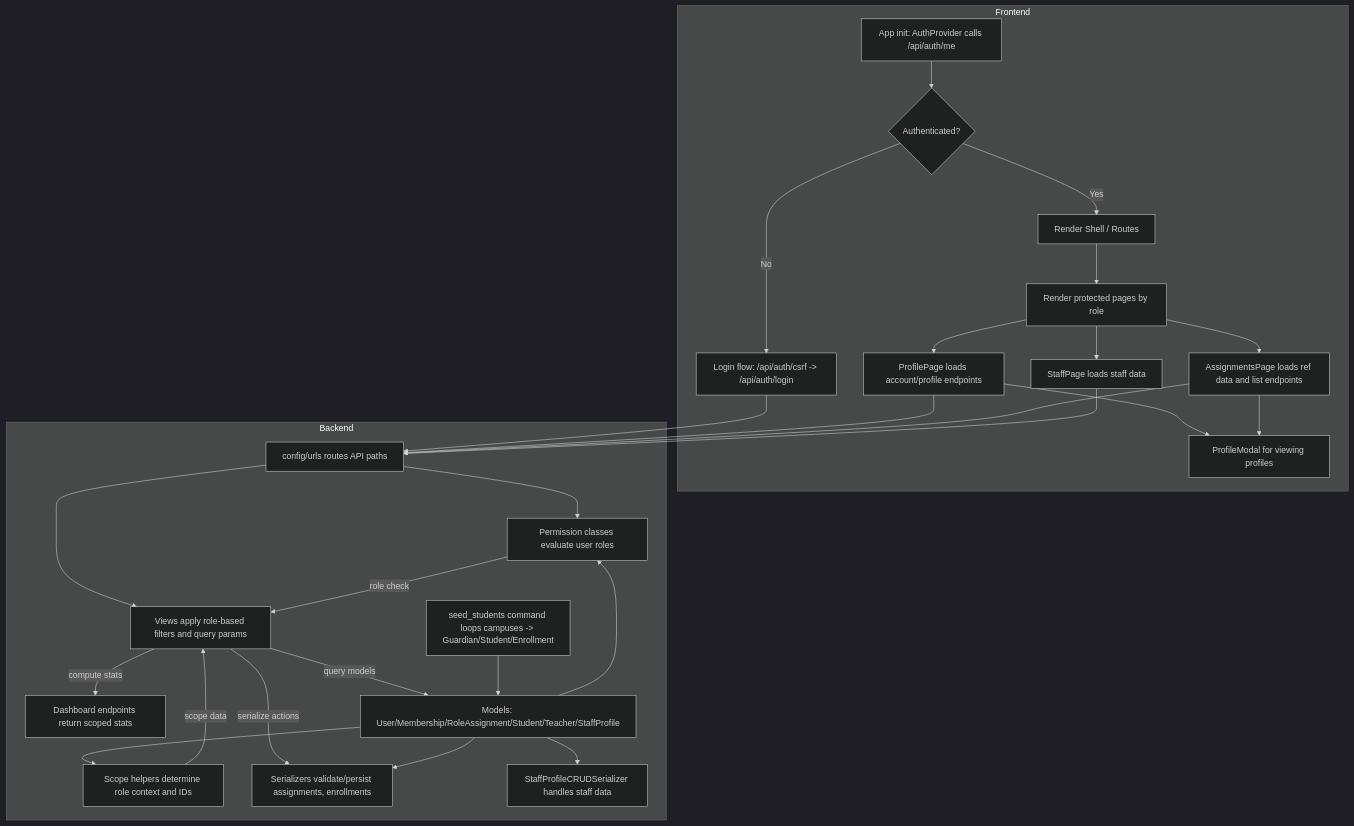
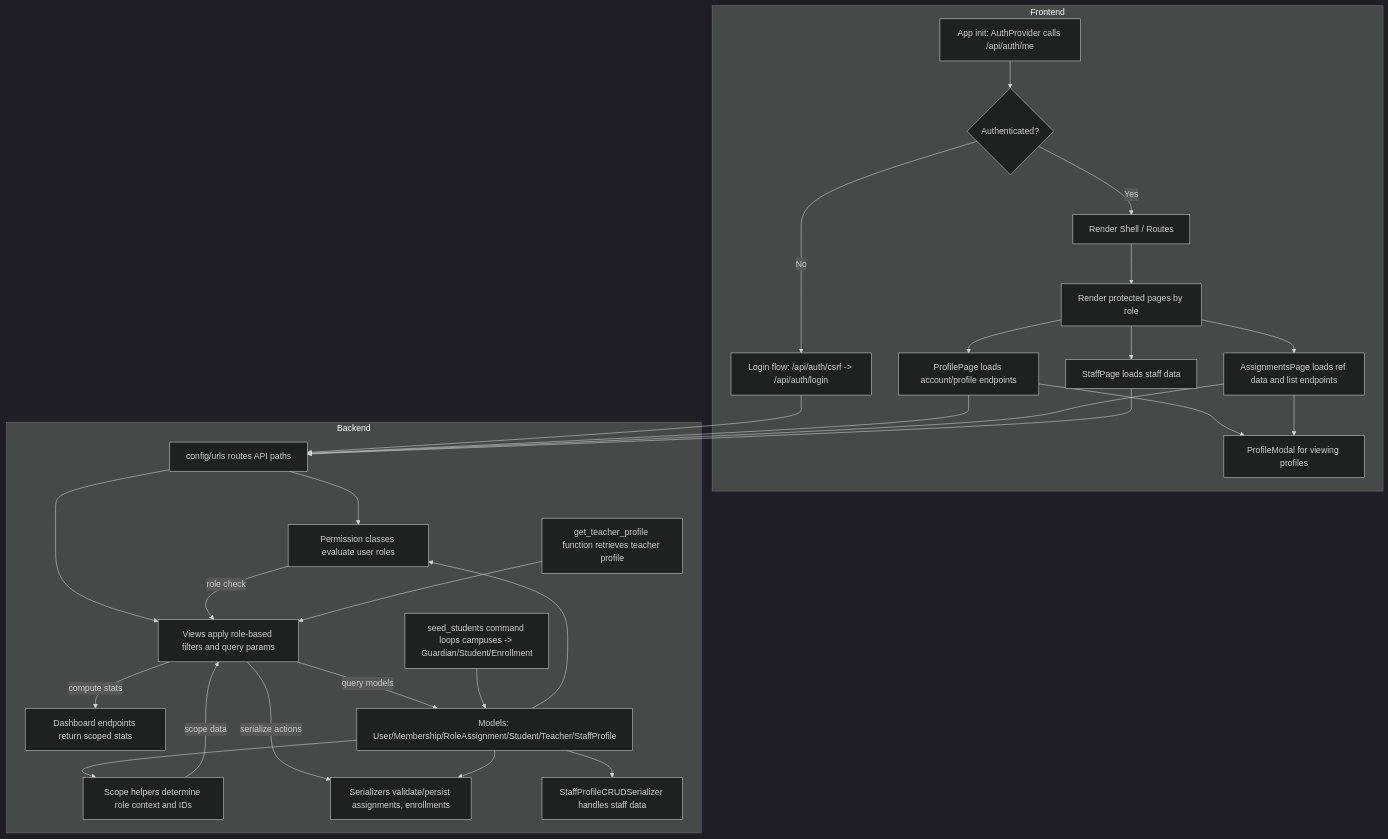
One commit to lordvalicious/perfect-foundation-sms changed the diagram in frontend/src/Untitled-1.mmd. Above: the diagram before and after it, drawn with Mermaid (dark theme). The commit also changed 4 other files, not shown here.

```diff
--- a/frontend/src/Untitled-1.mmd
+++ b/frontend/src/Untitled-1.mmd
@@ -1,84 +1,86 @@
 ---
 references:
   - "File:
     /backend/apps/accounts/migrations/0003_staffprofile_photo_user_photo_and_mo\
     re.py"
   - "File: /backend/apps/accounts/models.py"
   - "File: /backend/apps/accounts/permissions.py"
   - "File: /backend/apps/accounts/scopes.py"
   - "File: /backend/apps/accounts/serializers.py"
   - "File: /backend/apps/attendance/views.py"
   - "File: /backend/apps/dashboard/views.py"
   - "File: /backend/apps/exams/views.py"
   - "File: /backend/apps/students/management/commands/seed_students.py"
   - "File: /backend/apps/students/migrations/0003_student_photo_student_user.py"
   - "File: /backend/apps/students/models.py"
   - "File: /backend/apps/students/serializers.py"
   - "File: /backend/apps/students/urls.py"
   - "File: /backend/apps/students/views.py"
   - "File:
     /backend/apps/teachers/migrations/0004_teacher_photo_teacher_user_teacheras\
     signment.py"
   - "File: /backend/apps/teachers/models.py"
   - "File: /backend/apps/teachers/serializers.py"
   - "File: /backend/apps/teachers/urls.py"
   - "File: /backend/apps/teachers/views.py"
   - "File: /backend/apps/timetable/views.py"
   - "File: /backend/config/settings/base.py"
   - "File: /backend/config/urls.py"
   - "File: /frontend/src/App.jsx"
   - "File: /frontend/src/auth.jsx"
   - "File: /frontend/src/pages/AssignmentsPage.jsx"
   - "File: /frontend/src/pages/ProfilePage.jsx"
-generationTime: 2026-08-11T20:36:55.656Z
+generationTime: 2026-08-11T21:06:32.725Z
 ---
 flowchart TD
     subgraph FE["Frontend"]
         A["App init: AuthProvider calls /api/auth/me"]
         B{"Authenticated?"}
         C["Render Shell / Routes"]
         D["Login flow: /api/auth/csrf -> /api/auth/login"]
         E["Render protected pages by role"]
         F["ProfilePage loads account/profile endpoints"]
         G["AssignmentsPage loads ref data and list endpoints"]
         P["ProfileModal for viewing profiles"]
         Q["StaffPage loads staff data"]
     end
 
     subgraph BE["Backend"]
         H["config/urls routes API paths"]
         I["Permission classes evaluate user roles"]
         J["Scope helpers determine role context and IDs"]
         K["Views apply role-based filters and query params"]
         L["Dashboard endpoints return scoped stats"]
         M["Serializers validate/persist assignments, enrollments"]
         N["Models: User/Membership/RoleAssignment/Student/Teacher/StaffProfile"]
         O["seed_students command loops campuses -> Guardian/Student/Enrollment"]
         R["StaffProfileCRUDSerializer handles staff data"]
+        S["get_teacher_profile function retrieves teacher profile"]
     end
 
     A --> B
     B -->|Yes| C
     B -->|No| D
     C --> E
     D --> H
     E --> F
     E --> G
     E --> Q
     F --> H
     G --> H
     Q --> H
     H --> I
     H --> K
     I -->|role check| K
     J -->|scope data| K
     K -->|compute stats| L
     K -->|serialize actions| M
     K -->|query models| N
     N --> I
     N --> J
     N --> M
     N --> R
     O --> N
     F --> P
     G --> P
+    S --> K
```
